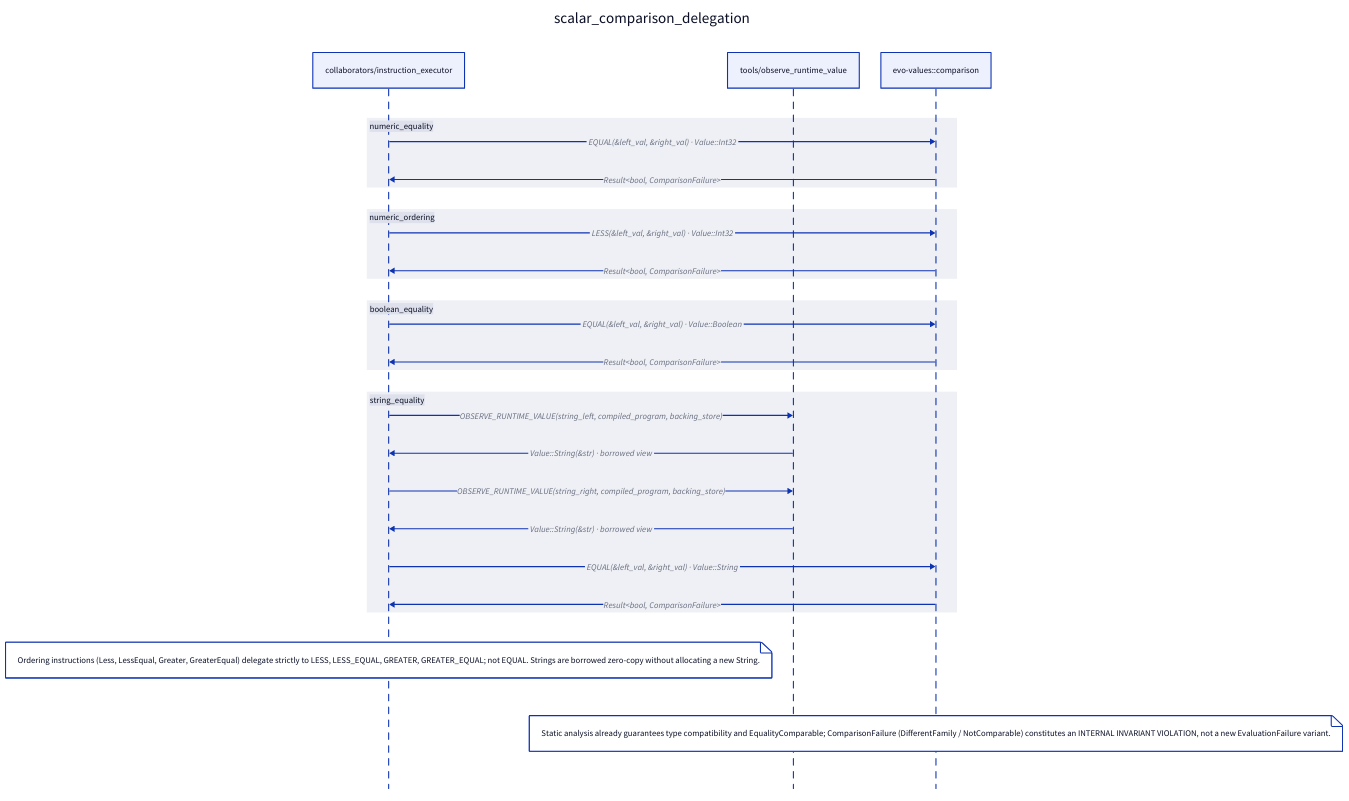
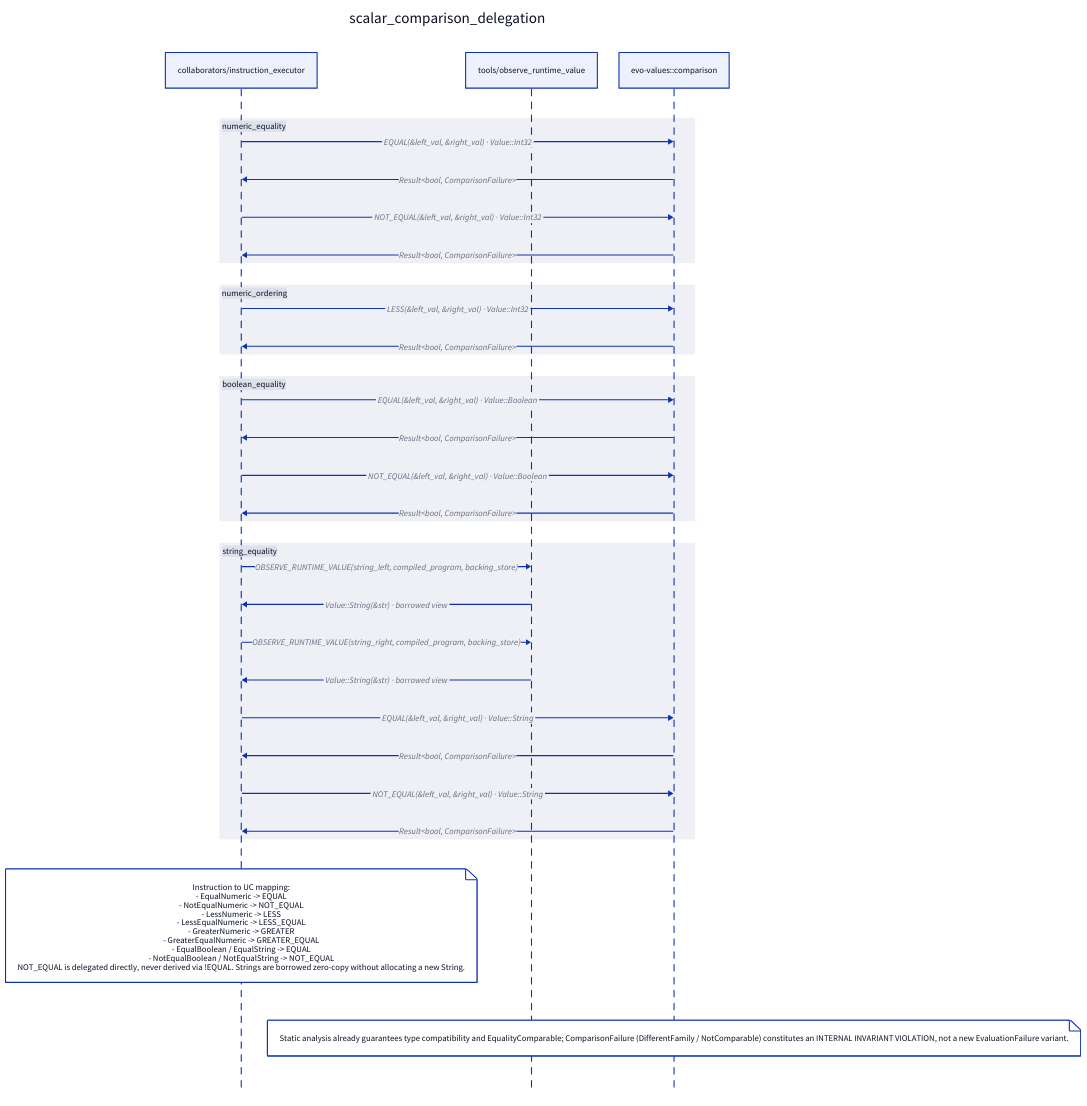
The diagram in evo-script-engine/docs/technical/sequences/05-scalar-comparison-delegation.d2 (niqel/evolution), drawn with D2 before and after one commit. The commit also changed 3 other files, not shown here.

Commit message:
docs(evo-script-engine): correct evo-values delegation sequences

```diff
--- a/evo-script-engine/docs/technical/sequences/05-scalar-comparison-delegation.d2
+++ b/evo-script-engine/docs/technical/sequences/05-scalar-comparison-delegation.d2
@@ -1,34 +1,40 @@
 scalar_comparison_delegation: {
   shape: sequence_diagram
 
   instruction_executor: "collaborators/instruction_executor"
   observe_runtime_value: "tools/observe_runtime_value"
   evo_comparison: "evo-values::comparison"
 
   numeric_equality: {
     instruction_executor -> evo_comparison: "EQUAL(&left_val, &right_val) · Value::Int32"
+    evo_comparison -> instruction_executor: "Result<bool, ComparisonFailure>"
+    instruction_executor -> evo_comparison: "NOT_EQUAL(&left_val, &right_val) · Value::Int32"
     evo_comparison -> instruction_executor: "Result<bool, ComparisonFailure>"
   }
 
   numeric_ordering: {
     instruction_executor -> evo_comparison: "LESS(&left_val, &right_val) · Value::Int32"
     evo_comparison -> instruction_executor: "Result<bool, ComparisonFailure>"
   }
 
   boolean_equality: {
     instruction_executor -> evo_comparison: "EQUAL(&left_val, &right_val) · Value::Boolean"
     evo_comparison -> instruction_executor: "Result<bool, ComparisonFailure>"
+    instruction_executor -> evo_comparison: "NOT_EQUAL(&left_val, &right_val) · Value::Boolean"
+    evo_comparison -> instruction_executor: "Result<bool, ComparisonFailure>"
   }
 
   string_equality: {
     instruction_executor -> observe_runtime_value: "OBSERVE_RUNTIME_VALUE(string_left, compiled_program, backing_store)"
     observe_runtime_value -> instruction_executor: "Value::String(&str) · borrowed view"
     instruction_executor -> observe_runtime_value: "OBSERVE_RUNTIME_VALUE(string_right, compiled_program, backing_store)"
     observe_runtime_value -> instruction_executor: "Value::String(&str) · borrowed view"
     instruction_executor -> evo_comparison: "EQUAL(&left_val, &right_val) · Value::String"
     evo_comparison -> instruction_executor: "Result<bool, ComparisonFailure>"
+    instruction_executor -> evo_comparison: "NOT_EQUAL(&left_val, &right_val) · Value::String"
+    evo_comparison -> instruction_executor: "Result<bool, ComparisonFailure>"
   }
 
-  instruction_executor."Ordering instructions (Less, LessEqual, Greater, GreaterEqual) delegate strictly to LESS, LESS_EQUAL, GREATER, GREATER_EQUAL; not EQUAL. Strings are borrowed zero-copy without allocating a new String."
+  instruction_executor."Instruction to UC mapping:\n- EqualNumeric -> EQUAL\n- NotEqualNumeric -> NOT_EQUAL\n- LessNumeric -> LESS\n- LessEqualNumeric -> LESS_EQUAL\n- GreaterNumeric -> GREATER\n- GreaterEqualNumeric -> GREATER_EQUAL\n- EqualBoolean / EqualString -> EQUAL\n- NotEqualBoolean / NotEqualString -> NOT_EQUAL\nNOT_EQUAL is delegated directly, never derived via !EQUAL. Strings are borrowed zero-copy without allocating a new String."
   evo_comparison."Static analysis already guarantees type compatibility and EqualityComparable; ComparisonFailure (DifferentFamily / NotComparable) constitutes an INTERNAL INVARIANT VIOLATION, not a new EvaluationFailure variant."
 }
```
